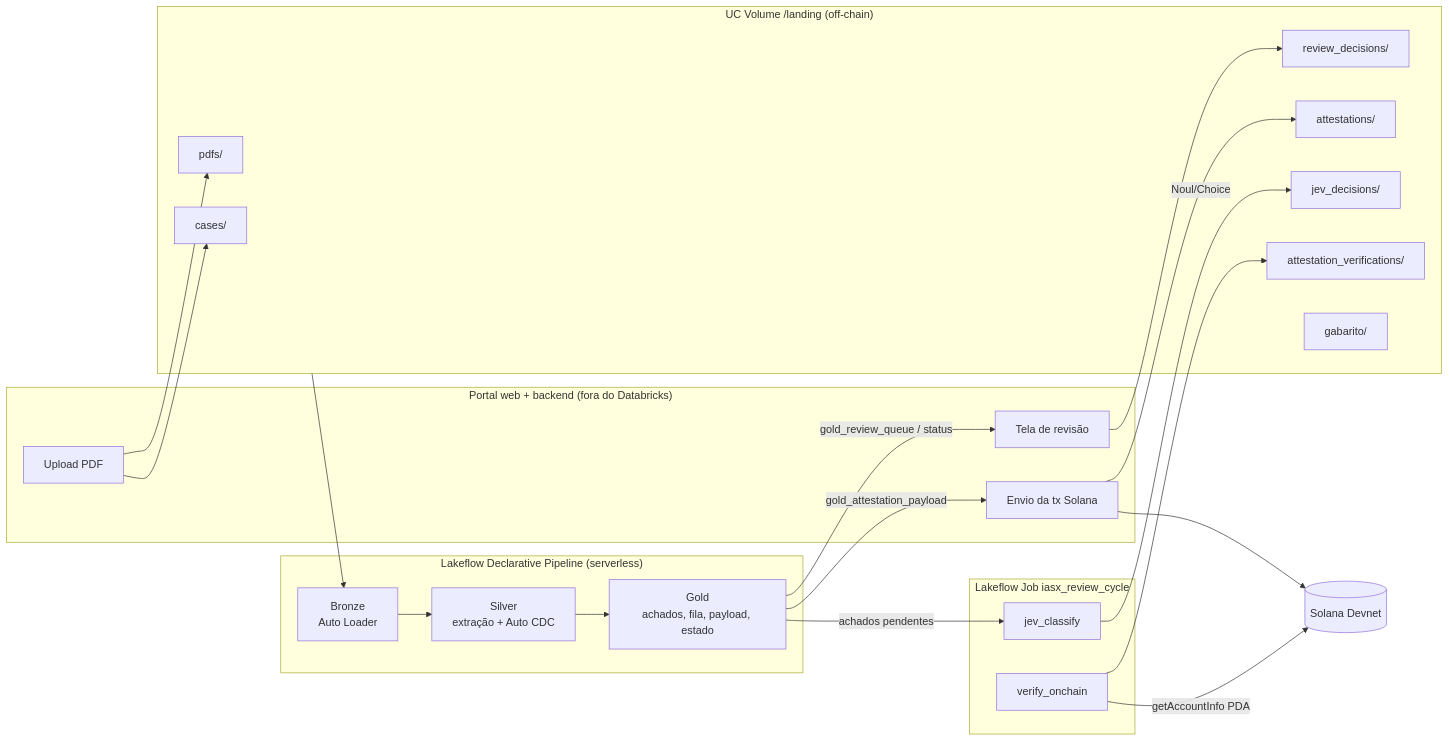
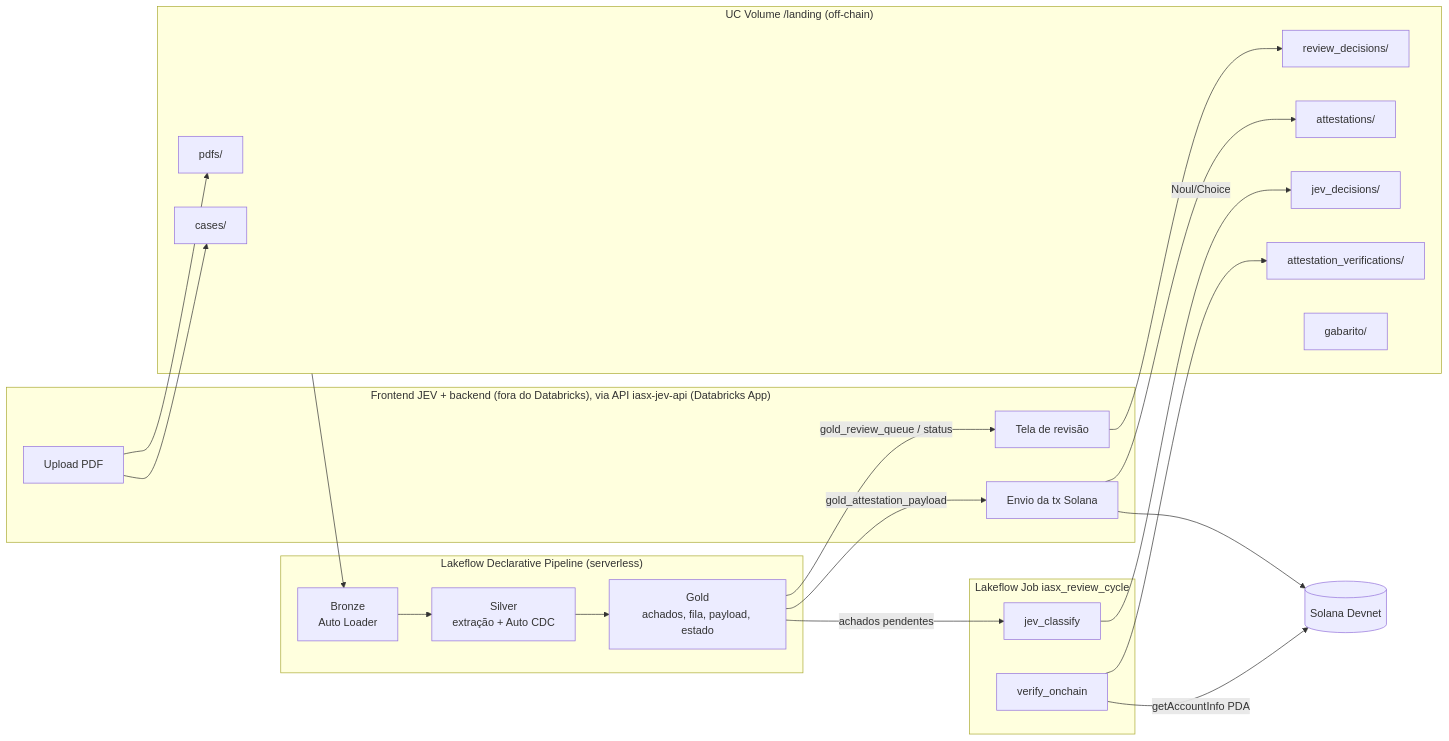
The diagram in docs/architecture.md (iungneto/iasx_clinical_review_data), drawn with Mermaid before and after one commit. The commit also changed 8 other files, not shown here.

First line of the commit message:
Adiciona API iasx-jev-api (Databricks App) para o frontend JEV

````diff
--- a/docs/architecture.md
+++ b/docs/architecture.md
@@ -5,30 +5,30 @@
 ```mermaid
 flowchart LR
-  subgraph Portal["Portal web + backend (fora do Databricks)"]
+  subgraph Portal["Frontend JEV + backend (fora do Databricks), via API iasx-jev-api (Databricks App)"]
     UP[Upload PDF] ; REV[Tela de revisão] ; SOL[Envio da tx Solana]
   end
 
   subgraph Landing["UC Volume /landing (off-chain)"]
     L1[pdfs/] ; L2[cases/] ; L3[review_decisions/] ; L4[attestations/]
     L5[jev_decisions/] ; L6[attestation_verifications/] ; L7[gabarito/]
   end
 
   subgraph Pipeline["Lakeflow Declarative Pipeline (serverless)"]
     B[Bronze<br/>Auto Loader] --> S[Silver<br/>extração + Auto CDC] --> G[Gold<br/>achados, fila, payload, estado]
   end
 
   subgraph Jobs["Lakeflow Job iasx_review_cycle"]
     J1[jev_classify] ; J2[verify_onchain]
   end
 
   UP --> L1 & L2
   REV --> L3
   SOL --> L4
   Landing --> B
   G -->|achados pendentes| J1 -->|Noul/Choice| L5
   J2 -->|getAccountInfo PDA| CH[(Solana Devnet)]
   J2 --> L6
   SOL --> CH
   G -->|gold_attestation_payload| SOL
   G -->|gold_review_queue / status| REV
 ```
````
